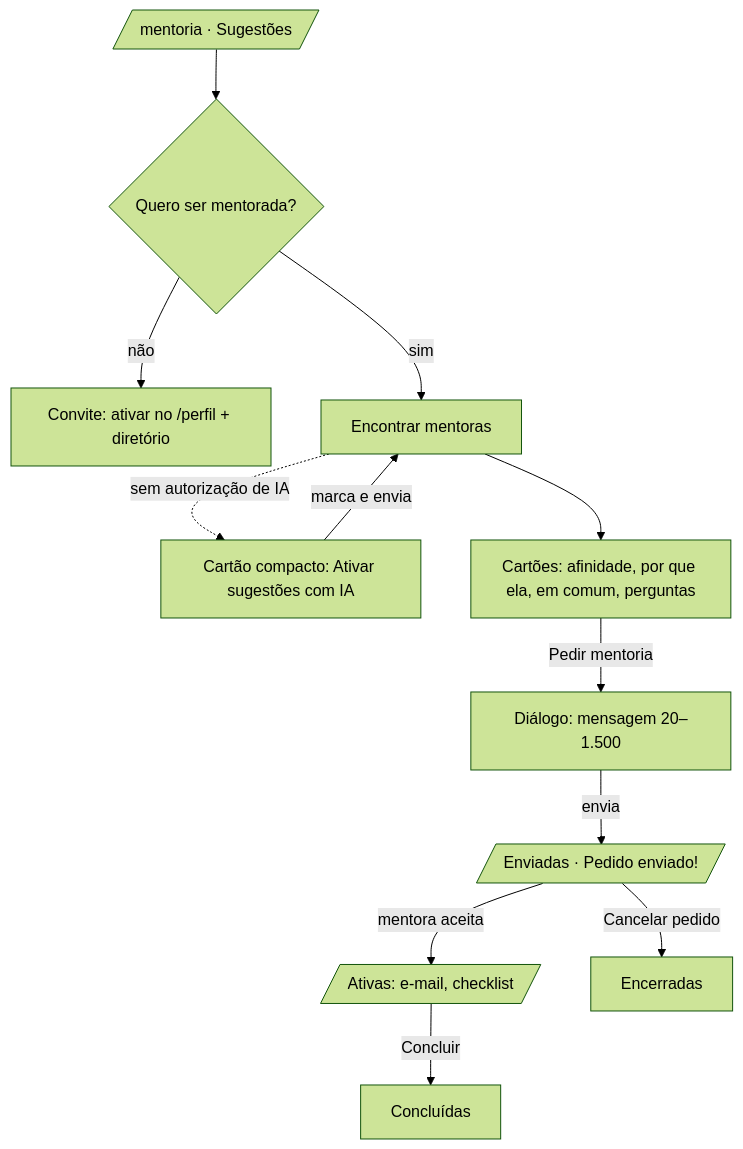
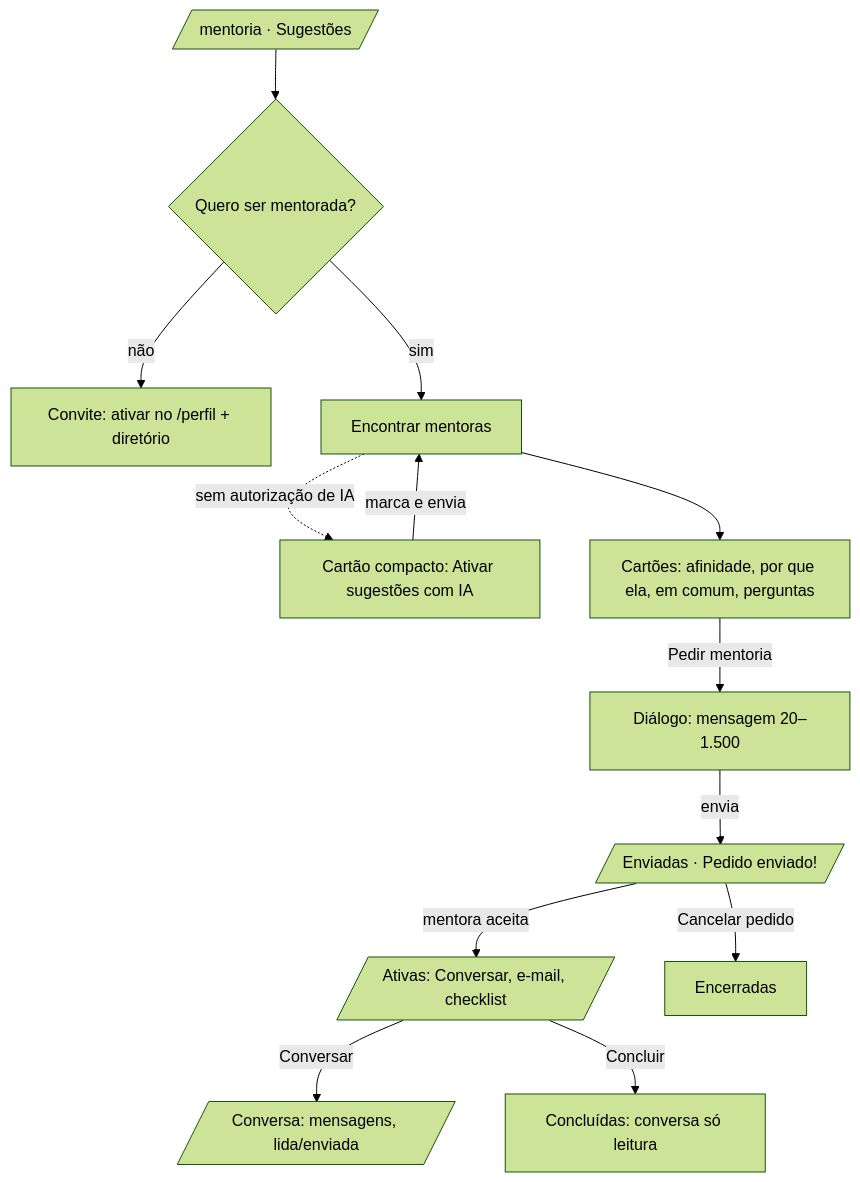
The first of 2 diagrams in docs/12-mentoria-fluxos.md (henriquecarvalhodeandrade/hackathon-ifsp-jcr-ciencia-delas-2026), drawn with Mermaid (forest theme) before and after one commit. The commit also changed other lines of this file and 39 other files, not shown here.

First line of the commit message:
wip(mentoria): mensagens entre mentora e mentoranda e jornada E2E no CI (em verificação final)

````diff
--- a/docs/12-mentoria-fluxos.md
+++ b/docs/12-mentoria-fluxos.md
@@ -40,14 +43,15 @@
 ```mermaid
 flowchart TD
   A[/mentoria · Sugestões/] --> B{Quero ser mentorada?}
   B -- não --> C[Convite: ativar no /perfil + diretório]
   B -- sim --> F[Encontrar mentoras]
   F -. sem autorização de IA .-> E[Cartão compacto: Ativar sugestões com IA]
   E -- marca e envia --> F
   F --> G[Cartões: afinidade, por que ela, em comum, perguntas]
   G -- Pedir mentoria --> H[Diálogo: mensagem 20–1.500]
   H -- envia --> I[/Enviadas · Pedido enviado!/]
-  I -- mentora aceita --> J[/Ativas: e-mail, checklist/]
-  J -- Concluir --> K[Concluídas]
+  I -- mentora aceita --> J[/Ativas: Conversar, e-mail, checklist/]
+  J -- Conversar --> C2[/Conversa: mensagens, lida/enviada/]
+  J -- Concluir --> K[Concluídas: conversa só leitura]
   I -- Cancelar pedido --> L[Encerradas]
 ```
````
